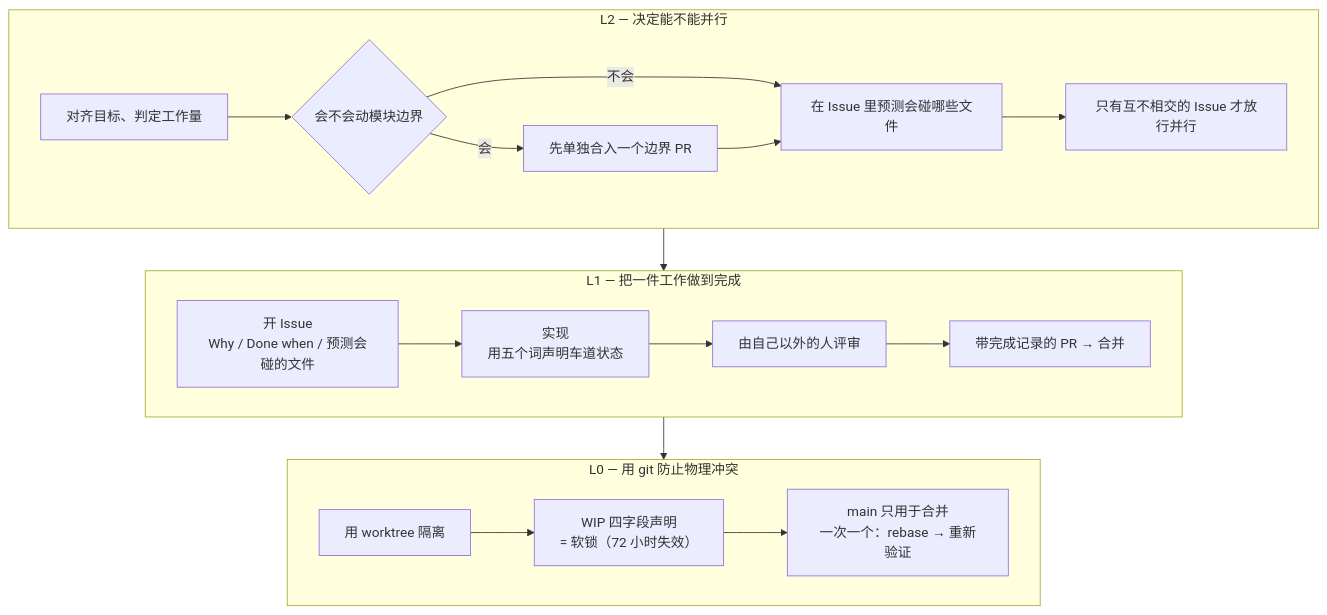
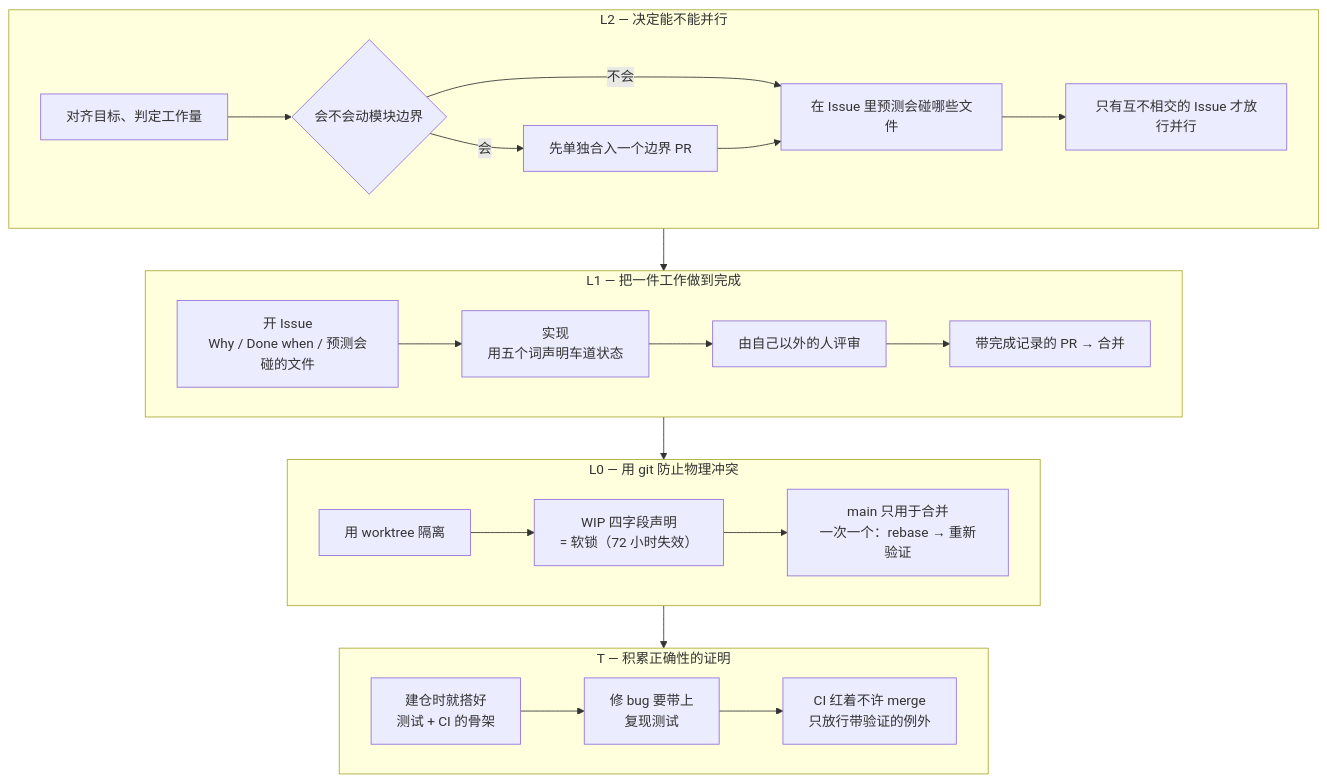
The first of 2 diagrams in README.zh.md (caty-ai/family-dev-handbook), drawn with Mermaid before and after one commit. The commit also changed other lines of this file and 3 other files, not shown here.

First line of the commit message:
docs(readme): weave T layer into the concept section — diagram T subgraph, 4th bullet, intro sentence (4 languages) (#46)

````diff
--- a/README.zh.md
+++ b/README.zh.md
@@ -111,17 +111,20 @@
 ```mermaid
 flowchart TB
     subgraph L2["L2 — 决定能不能并行"]
         A1["对齐目标、判定工作量"] --> A2{"会不会动模块边界"}
         A2 -->|会| A3["先单独合入一个边界 PR"]
         A2 -->|不会| A4["在 Issue 里预测会碰哪些文件"]
         A3 --> A4
         A4 --> A5["只有互不相交的 Issue 才放行并行"]
     end
     subgraph L1["L1 — 把一件工作做到完成"]
         B1["开 Issue<br/>Why / Done when / 预测会碰的文件"] --> B2["实现<br/>用五个词声明车道状态"] --> B3["由自己以外的人评审"] --> B4["带完成记录的 PR → 合并"]
     end
     subgraph L0["L0 — 用 git 防止物理冲突"]
         C1["用 worktree 隔离"] --> C2["WIP 四字段声明<br/>= 软锁（72 小时失效）"] --> C3["main 只用于合并<br/>一次一个：rebase → 重新验证"]
     end
-    L2 --> L1 --> L0
+    subgraph T["T — 积累正确性的证明"]
+        D1["建仓时就搭好<br/>测试 + CI 的骨架"] --> D2["修 bug 要带上<br/>复现测试"] --> D3["CI 红着不许 merge<br/>只放行带验证的例外"]
+    end
+    L2 --> L1 --> L0 --> T
 ```
````
